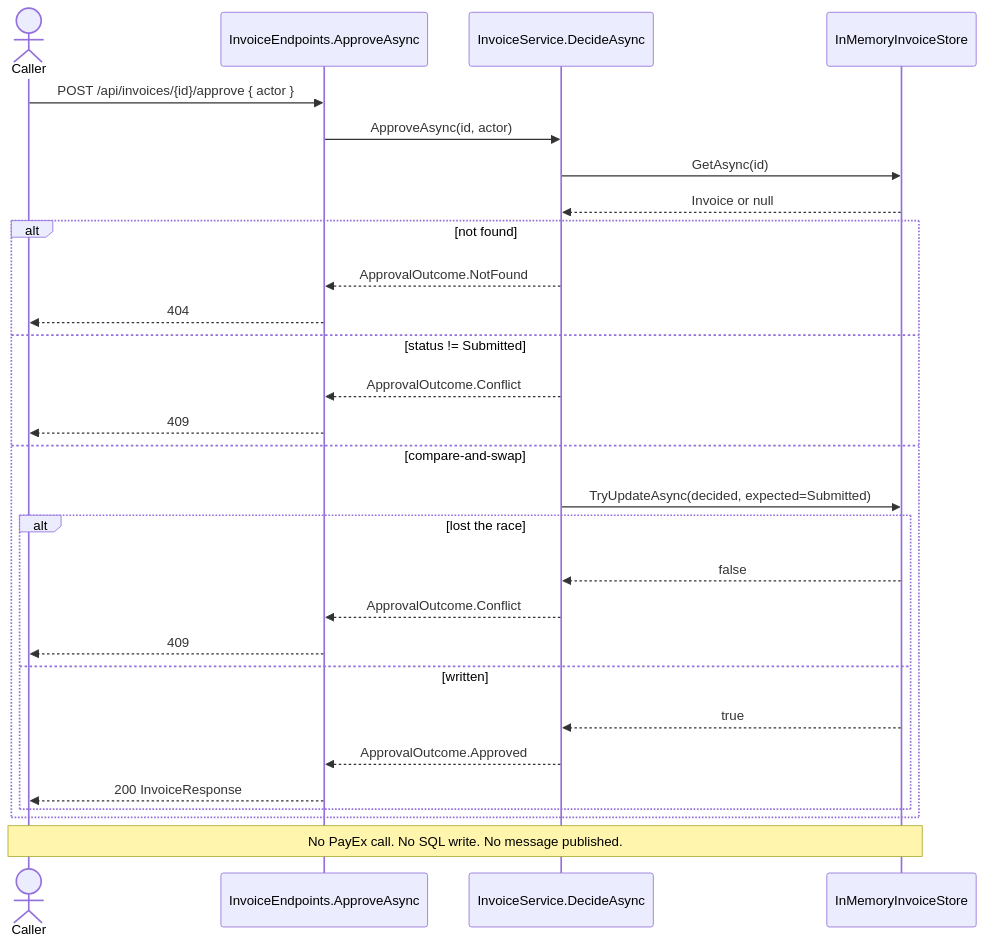
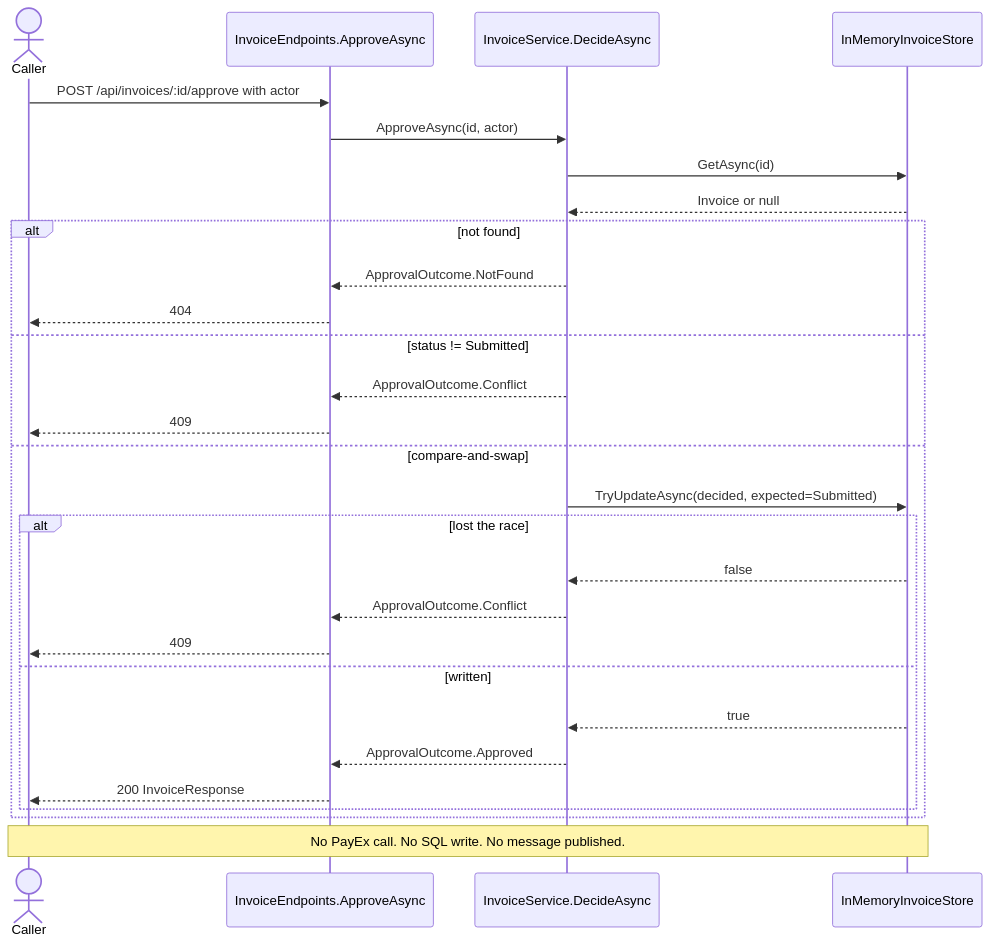
Before and after one commit to shyamkhakhar9/ai-sldc-nagp-assignment: the second of 3 diagrams in docs/01-as-built-and-target-diagrams.md, drawn with Mermaid. The commit also changed other lines of this file and 3 other files, not shown here.

First line of the commit message:
Fix Mermaid so GitHub can render the architecture diagrams.

````diff
--- a/docs/01-as-built-and-target-diagrams.md
+++ b/docs/01-as-built-and-target-diagrams.md
@@ -34,31 +34,31 @@
 ```mermaid
 sequenceDiagram
     actor Caller
     participant EP as InvoiceEndpoints.ApproveAsync
     participant SVC as InvoiceService.DecideAsync
     participant STORE as InMemoryInvoiceStore
 
-    Caller->>EP: POST /api/invoices/{id}/approve { actor }
+    Caller->>EP: POST /api/invoices/:id/approve with actor
     EP->>SVC: ApproveAsync(id, actor)
     SVC->>STORE: GetAsync(id)
     STORE-->>SVC: Invoice or null
     alt not found
         SVC-->>EP: ApprovalOutcome.NotFound
         EP-->>Caller: 404
     else status != Submitted
         SVC-->>EP: ApprovalOutcome.Conflict
         EP-->>Caller: 409
     else compare-and-swap
         SVC->>STORE: TryUpdateAsync(decided, expected=Submitted)
         alt lost the race
             STORE-->>SVC: false
             SVC-->>EP: ApprovalOutcome.Conflict
             EP-->>Caller: 409
         else written
             STORE-->>SVC: true
             SVC-->>EP: ApprovalOutcome.Approved
             EP-->>Caller: 200 InvoiceResponse
         end
     end
     Note over Caller,STORE: No PayEx call. No SQL write. No message published.
 ```
````
